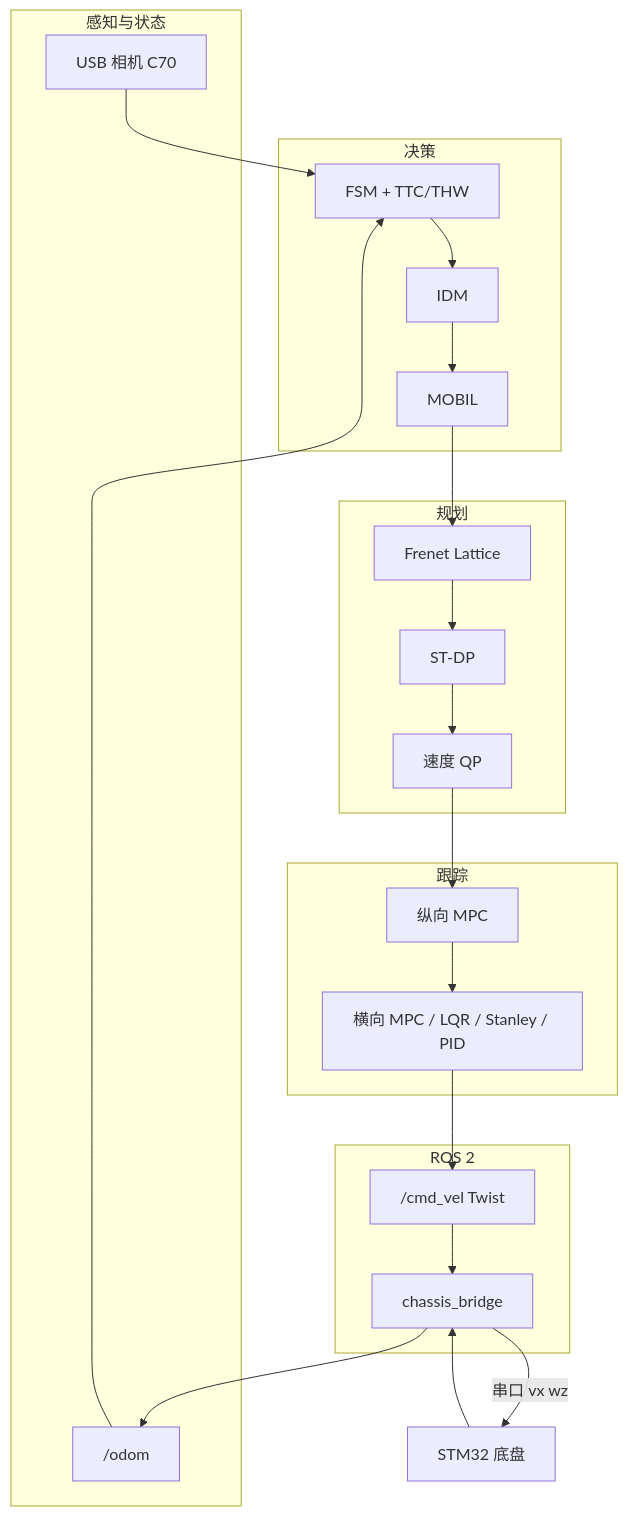
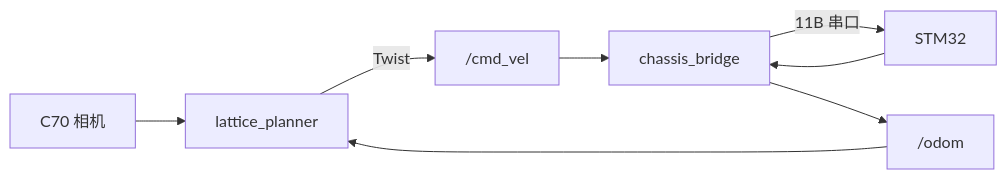
One commit to Leo-7GOAT/FalconPlan changed the first of 2 diagrams in README.md. Above: the diagram before and after it, drawn with Mermaid. The commit also changed other lines of this file and 33 other files, not shown here.

````diff
--- a/README.md
+++ b/README.md
@@ -18,39 +14,10 @@
 ```mermaid
-flowchart TB
-  subgraph sense [感知与状态]
-    cam[USB 相机 C70]
-    odom["/odom"]
-  end
-  subgraph decide [决策]
-    fsm[FSM + TTC/THW]
-    idm[IDM]
-    mobil[MOBIL]
-  end
-  subgraph plan [规划]
-    lat[Frenet Lattice]
-    stdp[ST-DP]
-    qp[速度 QP]
-  end
-  subgraph ctrl [跟踪]
-    lmpc[纵向 MPC]
-    latc[横向 MPC / LQR / Stanley / PID]
-  end
-  subgraph ros [ROS 2]
-    cmd["/cmd_vel Twist"]
-    bridge[chassis_bridge]
-  end
-  cam --> fsm
-  odom --> fsm
-  fsm --> idm
-  idm --> mobil
-  mobil --> lat
-  lat --> stdp
-  stdp --> qp
-  qp --> lmpc
-  lmpc --> latc
-  latc --> cmd
-  cmd --> bridge
-  bridge -->|串口 vx wz| stm[STM32 底盘]
+flowchart LR
+  cam[C70 相机] --> plan[lattice_planner]
+  odom["/odom"] --> plan
+  plan -->|Twist| cmd["/cmd_vel"]
+  cmd --> bridge[chassis_bridge]
+  bridge -->|11B 串口| stm[STM32]
   stm --> bridge
   bridge --> odom
 ```
````
